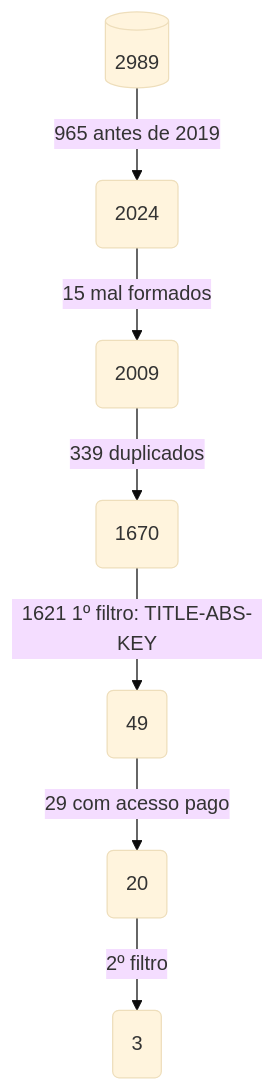
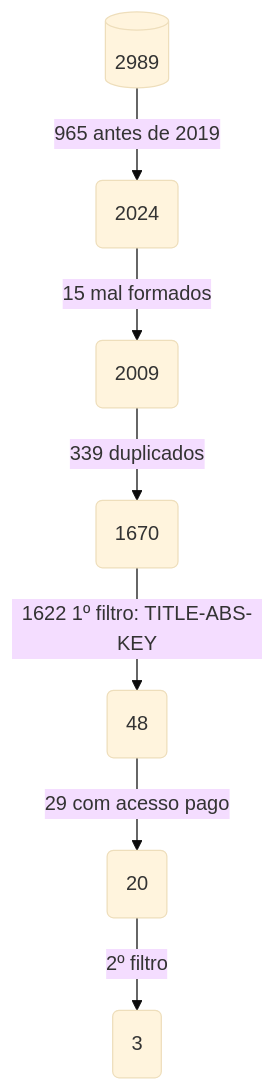
The diagram in flowchart.mermaid (emanoelopes/-SBBD_DS4SG_2024_RSL), drawn with Mermaid (base theme) before and after one commit.

```diff
--- a/flowchart.mermaid
+++ b/flowchart.mermaid
@@ -1,7 +1,7 @@
 flowchart TD
     A[(2989)] -->|965 antes de 2019| B(2024)
     B --> |15 mal formados| C(2009)
     C --> |339 duplicados | D(1670)
-    D --> |1621 1º filtro: TITLE-ABS-KEY | E(49)
+    D --> |1622 1º filtro: TITLE-ABS-KEY | E(48)
     E --> |29 com acesso pago| F(20)
     F --> |2º filtro| G(3)
```
